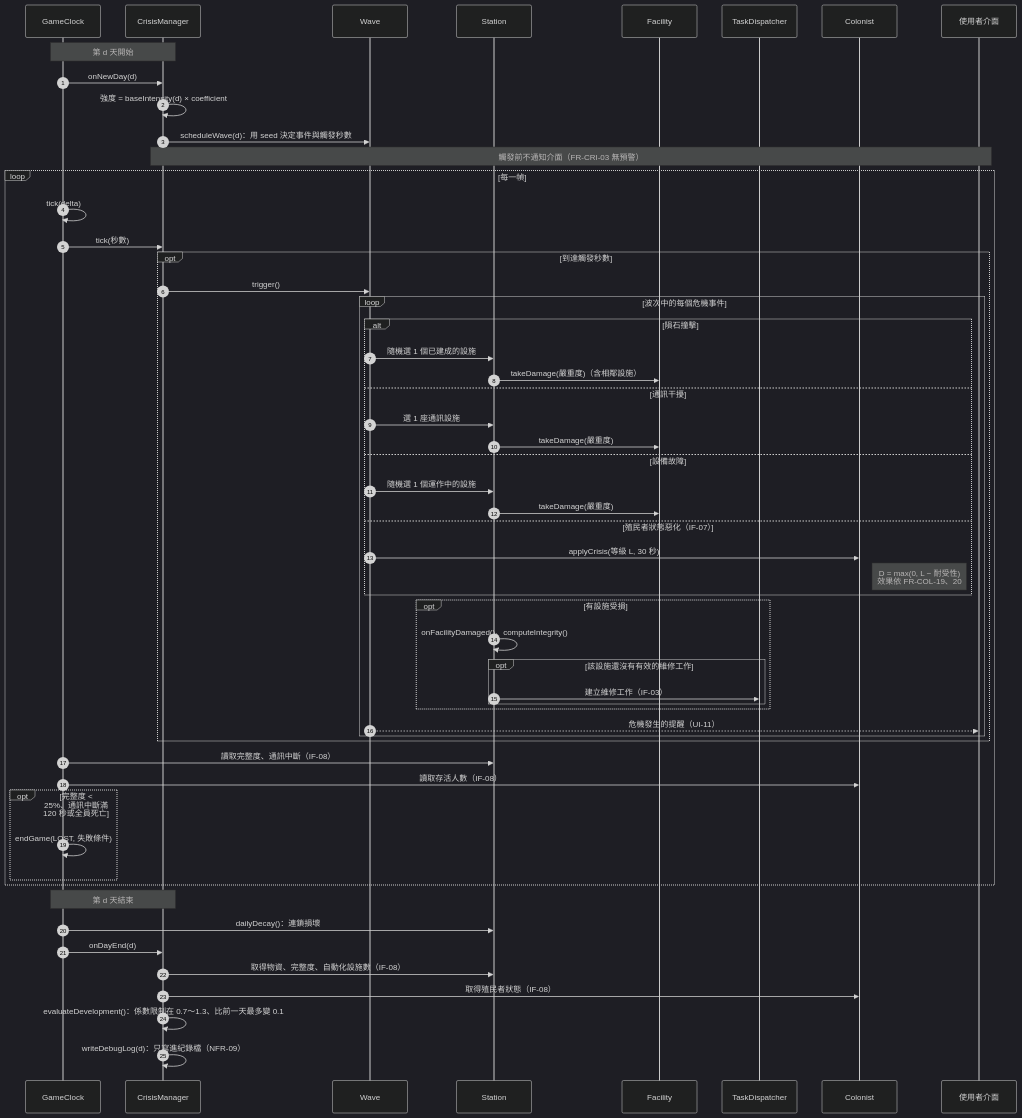
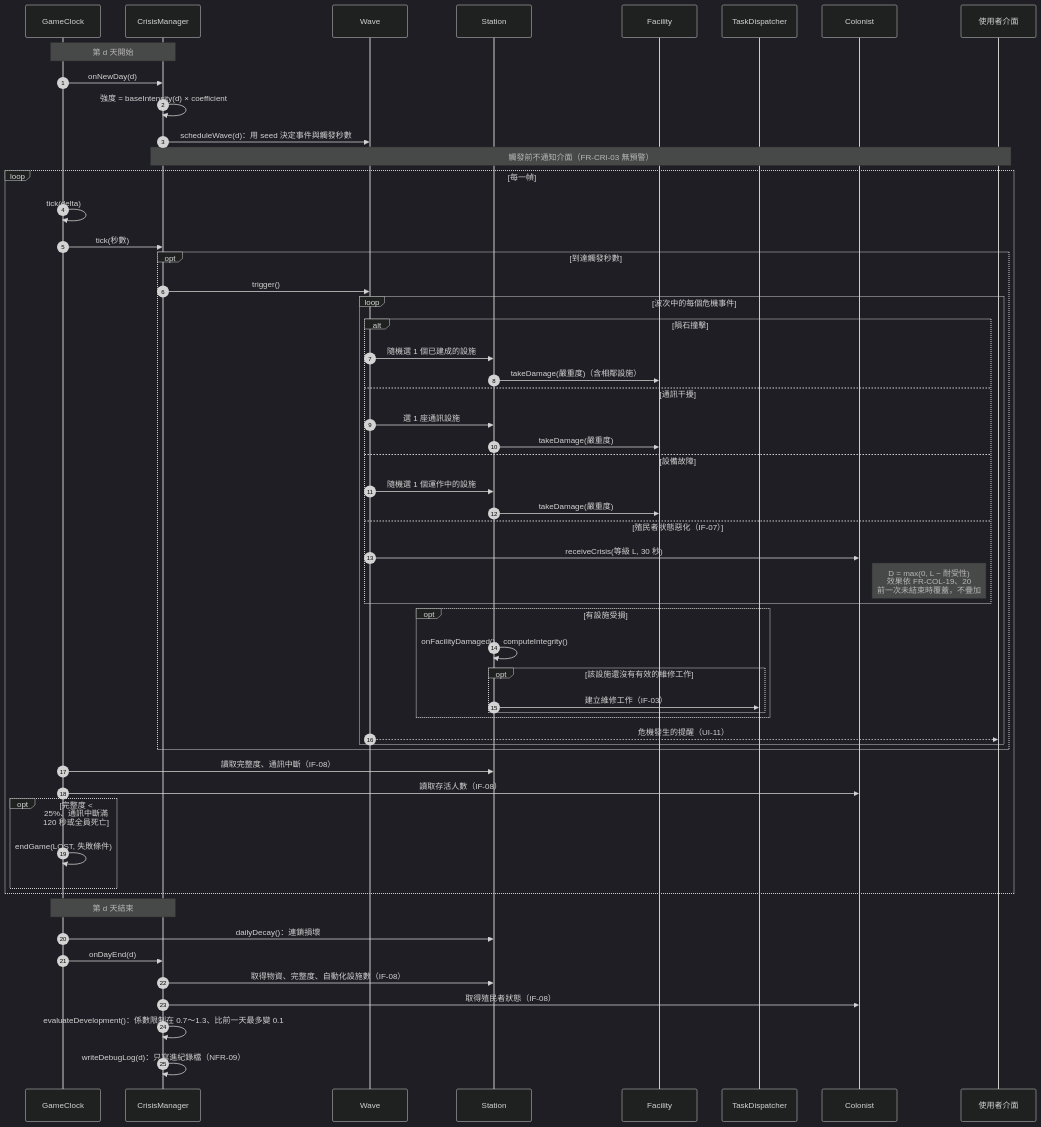
Before and after one commit to ntust-swe-project/group-waterfall: the diagram in docs/uml/seq-crisis.md, drawn with Mermaid (dark theme). The commit also changed 6 other files, not shown here.

First line of the commit message:
docs(uml): align A's diagrams with B's and fill traceability for review

````diff
--- a/docs/uml/seq-crisis.md
+++ b/docs/uml/seq-crisis.md
@@ -8,61 +8,61 @@
 ```mermaid
 sequenceDiagram
     autonumber
     participant GC as GameClock
     participant CM as CrisisManager
     participant W as Wave
     participant ST as Station
     participant F as Facility
     participant TD as TaskDispatcher
     participant C as Colonist
     participant UI as 使用者介面
 
     Note over GC,CM: 第 d 天開始
     GC->>CM: onNewDay(d)
     CM->>CM: 強度 = baseIntensity(d) × coefficient
     CM->>W: scheduleWave(d)：用 seed 決定事件與觸發秒數
     Note over CM,UI: 觸發前不通知介面（FR-CRI-03 無預警）
 
     loop 每一幀
         GC->>GC: tick(delta)
         GC->>CM: tick(秒數)
         opt 到達觸發秒數
             CM->>W: trigger()
             loop 波次中的每個危機事件
                 alt 隕石撞擊
                     W->>ST: 隨機選 1 個已建成的設施
                     ST->>F: takeDamage(嚴重度)（含相鄰設施）
                 else 通訊干擾
                     W->>ST: 選 1 座通訊設施
                     ST->>F: takeDamage(嚴重度)
                 else 設備故障
                     W->>ST: 隨機選 1 個運作中的設施
                     ST->>F: takeDamage(嚴重度)
                 else 殖民者狀態惡化（IF-07）
-                    W->>C: applyCrisis(等級 L, 30 秒)
-                    Note right of C: D = max(0, L − 耐受性)<br/>效果依 FR-COL-19、20
+                    W->>C: receiveCrisis(等級 L, 30 秒)
+                    Note right of C: D = max(0, L − 耐受性)<br/>效果依 FR-COL-19、20<br/>前一次未結束時覆蓋，不疊加
                 end
                 opt 有設施受損
                     ST->>ST: onFacilityDamaged()、computeIntegrity()
                     opt 該設施還沒有有效的維修工作
                         ST->>TD: 建立維修工作（IF-03）
                     end
                 end
                 W-->>UI: 危機發生的提醒（UI-11）
             end
         end
         GC->>ST: 讀取完整度、通訊中斷（IF-08）
         GC->>C: 讀取存活人數（IF-08）
         opt 完整度 < 25%、通訊中斷滿 120 秒或全員死亡
             GC->>GC: endGame(LOST, 失敗條件)
         end
     end
 
     Note over GC,CM: 第 d 天結束
     GC->>ST: dailyDecay()：連鎖損壞
     GC->>CM: onDayEnd(d)
     CM->>ST: 取得物資、完整度、自動化設施數（IF-08）
     CM->>C: 取得殖民者狀態（IF-08）
     CM->>CM: evaluateDevelopment()：係數限制在 0.7～1.3、比前一天最多變 0.1
     CM->>CM: writeDebugLog(d)：只寫進紀錄檔（NFR-09）
 ```
````
